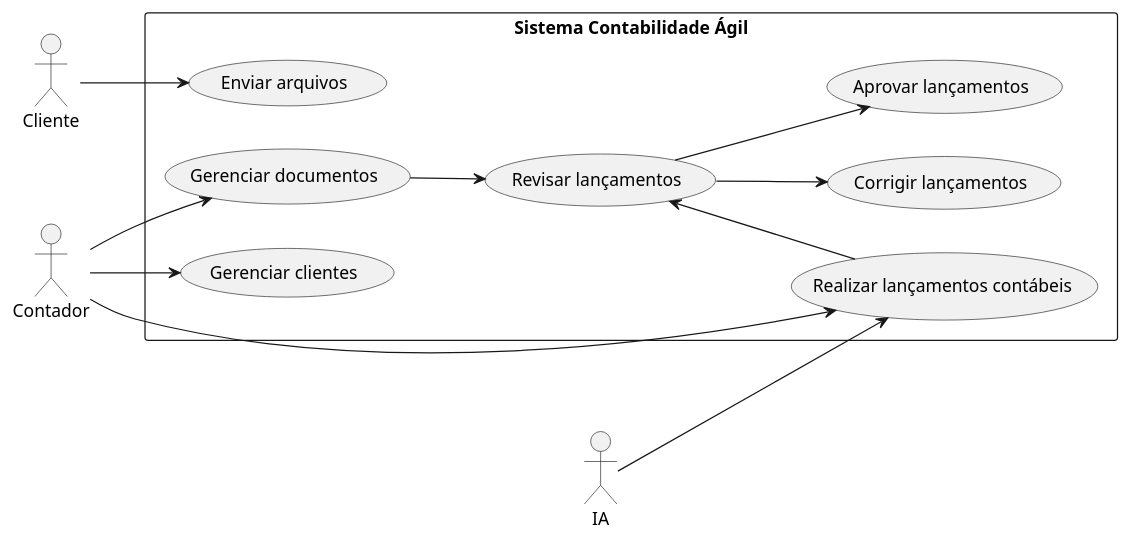
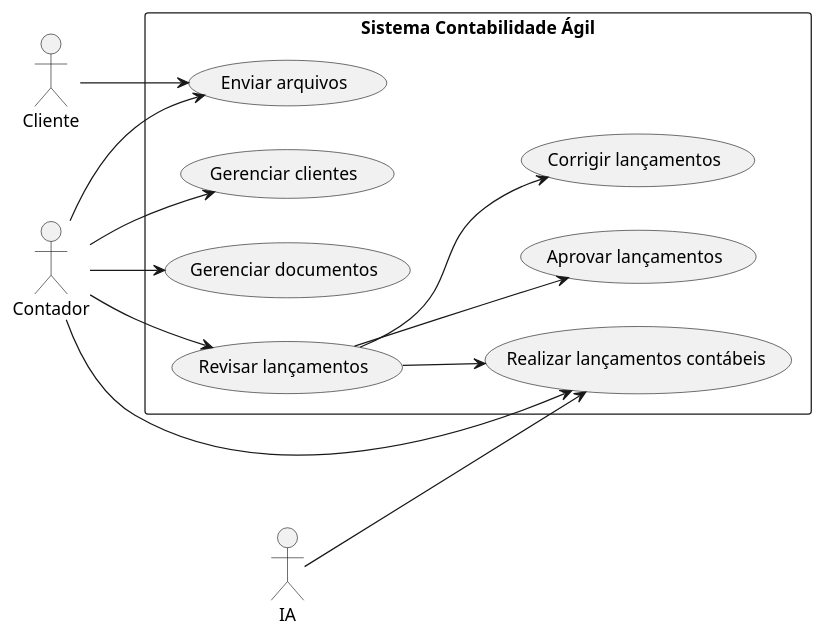
Before and after one commit to Engenharia-de-Software-Fatec/eng-softII-2026: the diagram in docs/diagramas/caso-de-uso.puml, drawn with PlantUML.

Commit message:
Add accounting launches to use case diagram

```diff
--- a/docs/diagramas/caso-de-uso.puml
+++ b/docs/diagramas/caso-de-uso.puml
@@ -1,32 +1,32 @@
 @startuml
 left to right direction
 skinparam packageStyle rectangle
 
 actor Cliente
 actor Contador
 actor IA
 
 rectangle "Sistema Contabilidade Ágil" {
 
   (Enviar arquivos) as Upload
   (Gerenciar clientes) as Clientes
   (Gerenciar documentos) as ManageDocs
+  (Realizar lançamentos contábeis) as Lançamentos
   (Revisar lançamentos) as Review
   (Aprovar lançamentos) as Aprove
   (Corrigir lançamentos) as toCorrect
-  (Realizar lançamentos contábeis) as Lançamentos
 }
 
 Cliente --> Upload
+Contador --> Upload
 Contador --> Clientes
 Contador --> ManageDocs
 Contador --> Lançamentos
+Contador --> Review
 IA --> Lançamentos
 
-ManageDocs --> Review
 Review --> Aprove
 Review --> toCorrect
-
-Review <-- Lançamentos
+Review --> Lançamentos
 
 @enduml
```
